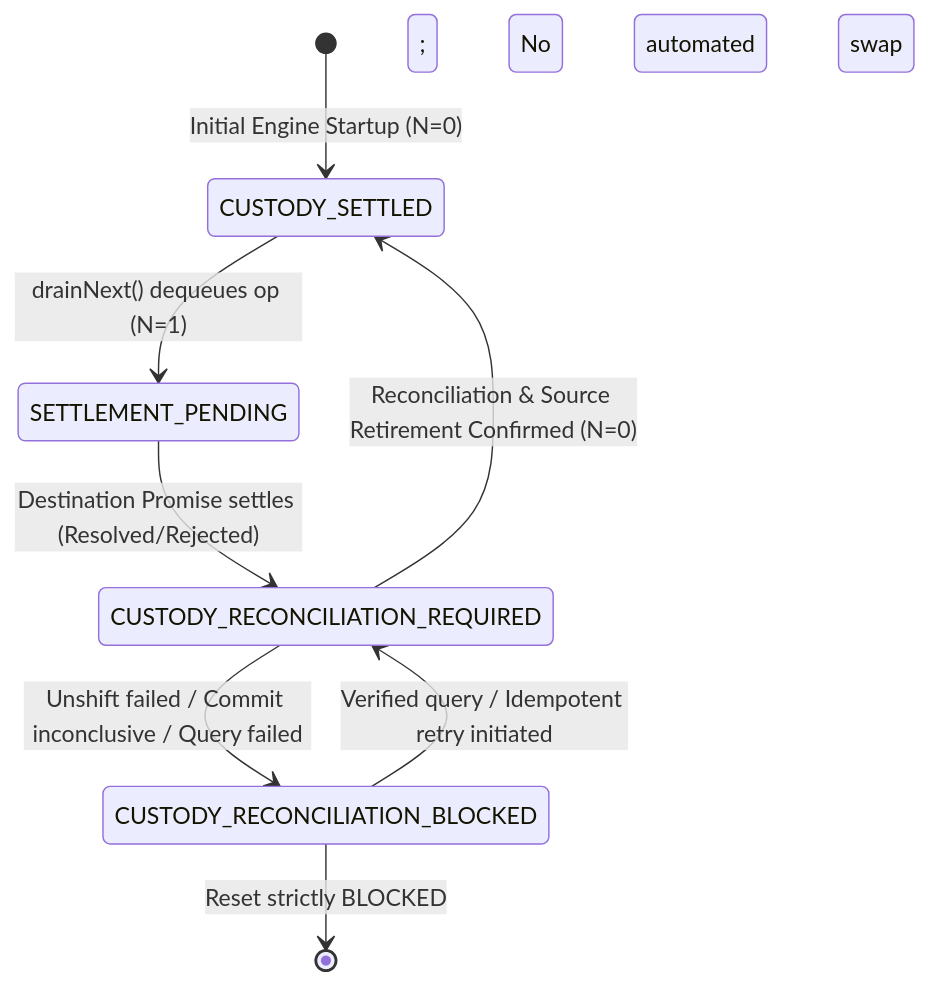
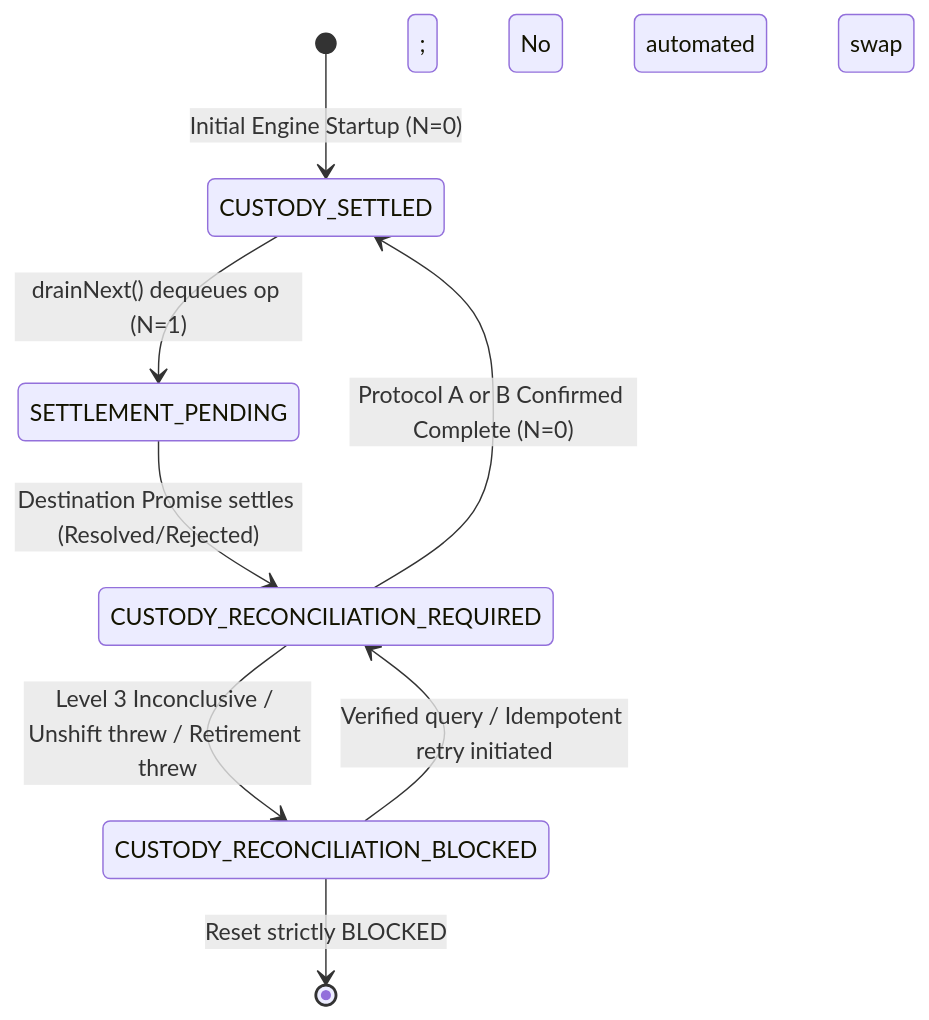
One commit to Tejdeepakchandra/SyncPlay_Protocol changed the diagram in docs/PHASE7_5_M5_0_R18_CONCURRENT_RECOVERY_ARBITRATION_DECISION.md. Above: the diagram before and after it, drawn with Mermaid. The commit also changed other lines of this file, not shown here.

````diff
--- a/docs/PHASE7_5_M5_0_R18_CONCURRENT_RECOVERY_ARBITRATION_DECISION.md
+++ b/docs/PHASE7_5_M5_0_R18_CONCURRENT_RECOVERY_ARBITRATION_DECISION.md
@@ -139,14 +209,14 @@
 ```mermaid
 stateDiagram-v2
     [*] --> CUSTODY_SETTLED: Initial Engine Startup (N=0)
 
     CUSTODY_SETTLED --> SETTLEMENT_PENDING: drainNext() dequeues op (N=1)
 
     SETTLEMENT_PENDING --> CUSTODY_RECONCILIATION_REQUIRED: Destination Promise settles (Resolved/Rejected)
 
-    CUSTODY_RECONCILIATION_REQUIRED --> CUSTODY_SETTLED: Reconciliation & Source Retirement Confirmed (N=0)
-    CUSTODY_RECONCILIATION_REQUIRED --> CUSTODY_RECONCILIATION_BLOCKED: Unshift failed / Commit inconclusive / Query failed
+    CUSTODY_RECONCILIATION_REQUIRED --> CUSTODY_SETTLED: Protocol A or B Confirmed Complete (N=0)
+    CUSTODY_RECONCILIATION_REQUIRED --> CUSTODY_RECONCILIATION_BLOCKED: Level 3 Inconclusive / Unshift threw / Retirement threw
 
     CUSTODY_RECONCILIATION_BLOCKED --> CUSTODY_RECONCILIATION_REQUIRED: Verified query / Idempotent retry initiated
     CUSTODY_RECONCILIATION_BLOCKED --> [*]: Reset strictly BLOCKED; No automated root swap
 ```
````
